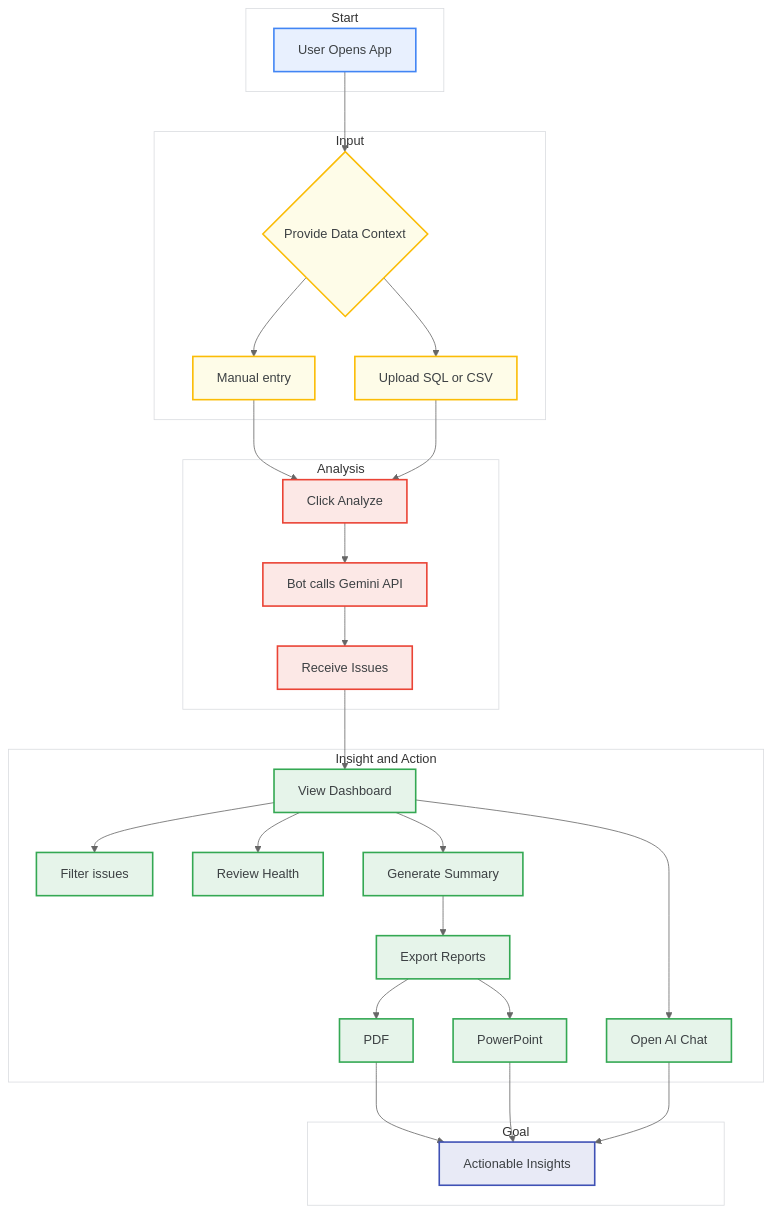
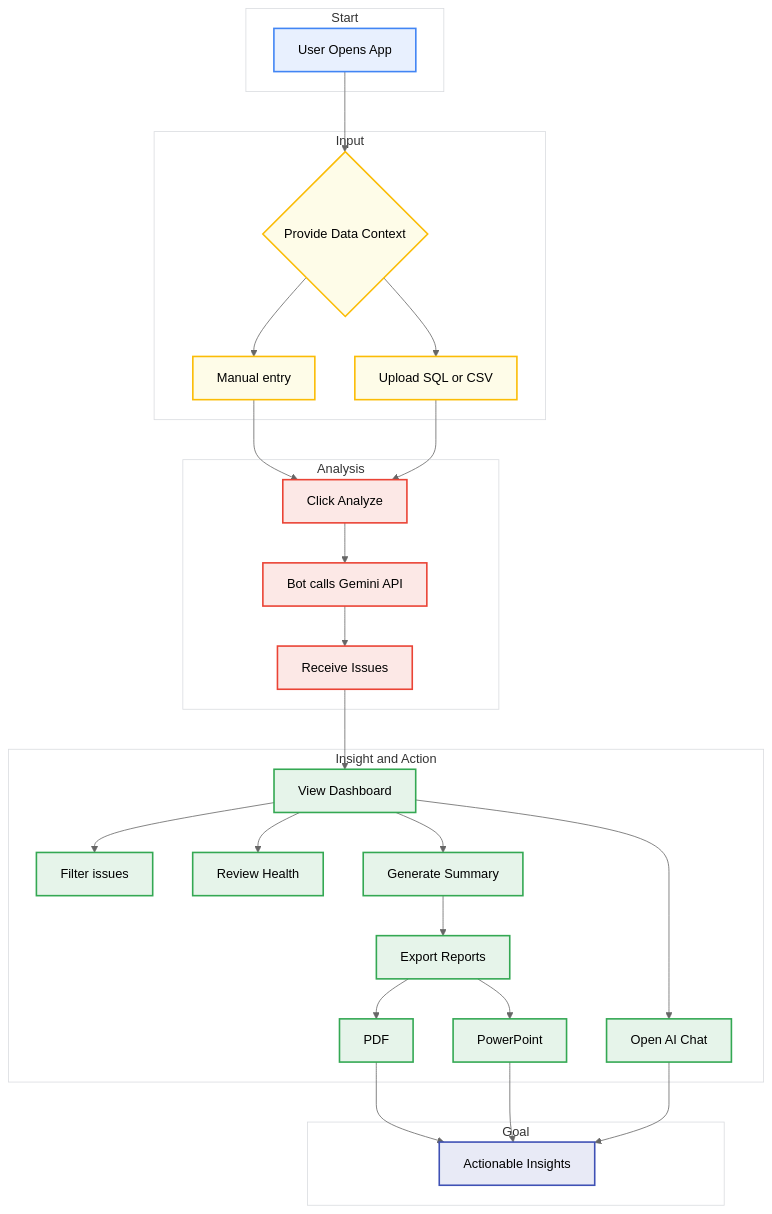
The second of 2 diagrams in README.md (chtsalvishal/DQ_Gen_AI_Bot), drawn with Mermaid (neutral theme) before and after one commit. The commit also changed other lines of this file, not shown here.

First line of the commit message:
docs: Refine diagram styling in README

````diff
--- a/README.md
+++ b/README.md
@@ -71,56 +71,56 @@
 ```mermaid
 graph TD
     subgraph sg1 [Start]
         A[User Opens App]:::startNode
     end
 
     subgraph sg2 [Input]
         B{Provide Data Context}:::inputNode
         B1[Manual entry]:::inputNode
         B2[Upload SQL or CSV]:::inputNode
     end
     
     subgraph sg3 [Analysis]
         C[Click Analyze]:::analysisNode
         D[Bot calls Gemini API]:::analysisNode
         E[Receive Issues]:::analysisNode
     end
 
     subgraph sg4 [Insight and Action]
         F[View Dashboard]:::insightNode
         F1[Filter issues]:::insightNode
         F2[Review Health]:::insightNode
         G[Open AI Chat]:::insightNode
         H[Generate Summary]:::insightNode
         I[Export Reports]:::insightNode
         I1[PDF]:::insightNode
         I2[PowerPoint]:::insightNode
     end
     
     subgraph sg5 [Goal]
        J[Actionable Insights]:::goalNode
     end
 
     A --> B
     B --> B1 & B2
     B1 --> C
     B2 --> C
     C --> D --> E --> F
     F --> F1 & F2 & G & H
     H --> I --> I1 & I2
     I1 --> J
     I2 --> J
     G --> J
     
     style sg1 fill:#FFFFFF,stroke:#DADCE0
     style sg2 fill:#FFFFFF,stroke:#DADCE0
     style sg3 fill:#FFFFFF,stroke:#DADCE0
     style sg4 fill:#FFFFFF,stroke:#DADCE0
     style sg5 fill:#FFFFFF,stroke:#DADCE0
 
-    classDef startNode fill:#E8F0FE,stroke:#4285F4,stroke-width:2px,color:#3C4043
-    classDef inputNode fill:#FEFCE8,stroke:#FBBC05,stroke-width:2px,color:#3C4043
-    classDef analysisNode fill:#FCE8E6,stroke:#EA4335,stroke-width:2px,color:#3C4043
-    classDef insightNode fill:#E6F4EA,stroke:#34A853,stroke-width:2px,color:#3C4043
-    classDef goalNode fill:#E8EAF6,stroke:#3F51B5,stroke-width:2px,color:#3C4043
+    classDef startNode fill:#E8F0FE,stroke:#4285F4,stroke-width:2px
+    classDef inputNode fill:#FEFCE8,stroke:#FBBC05,stroke-width:2px
+    classDef analysisNode fill:#FCE8E6,stroke:#EA4335,stroke-width:2px
+    classDef insightNode fill:#E6F4EA,stroke:#34A853,stroke-width:2px
+    classDef goalNode fill:#E8EAF6,stroke:#3F51B5,stroke-width:2px
 ```
````
